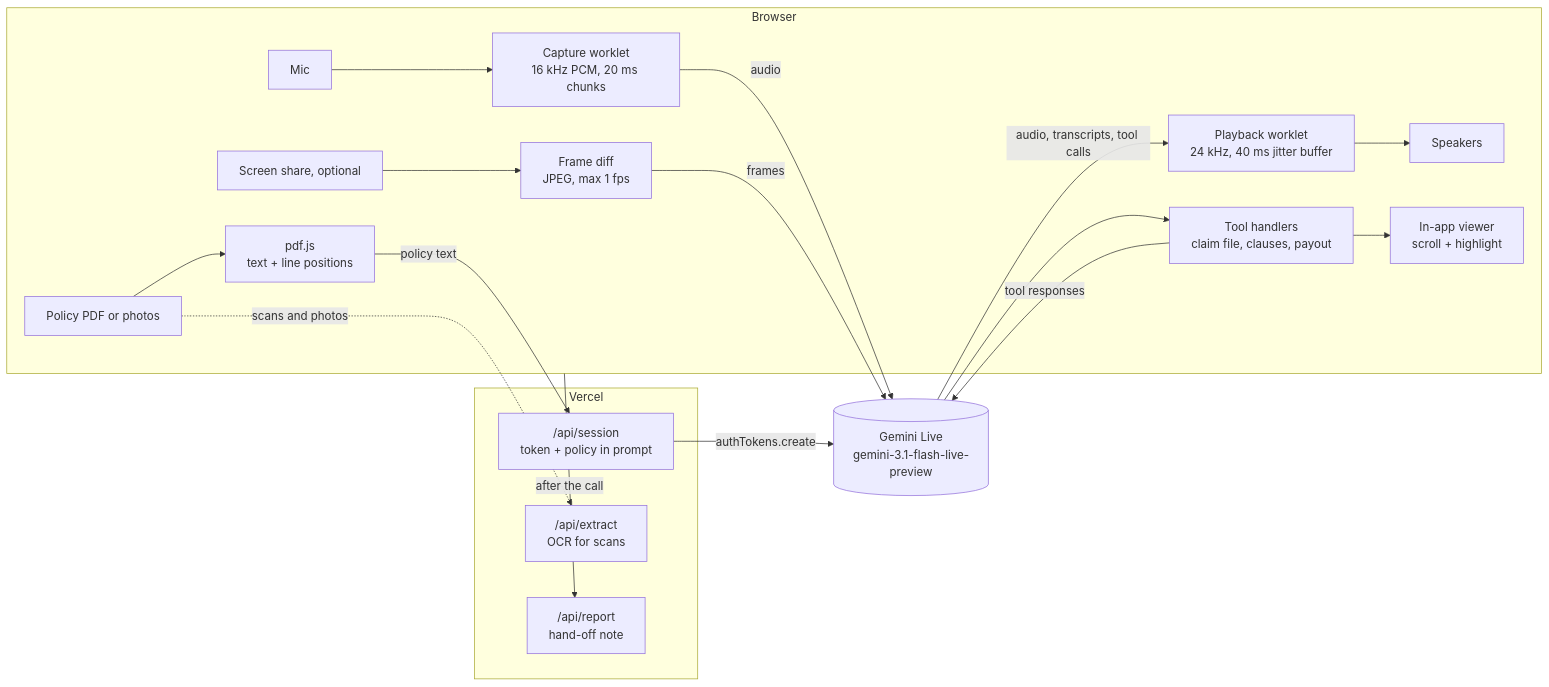
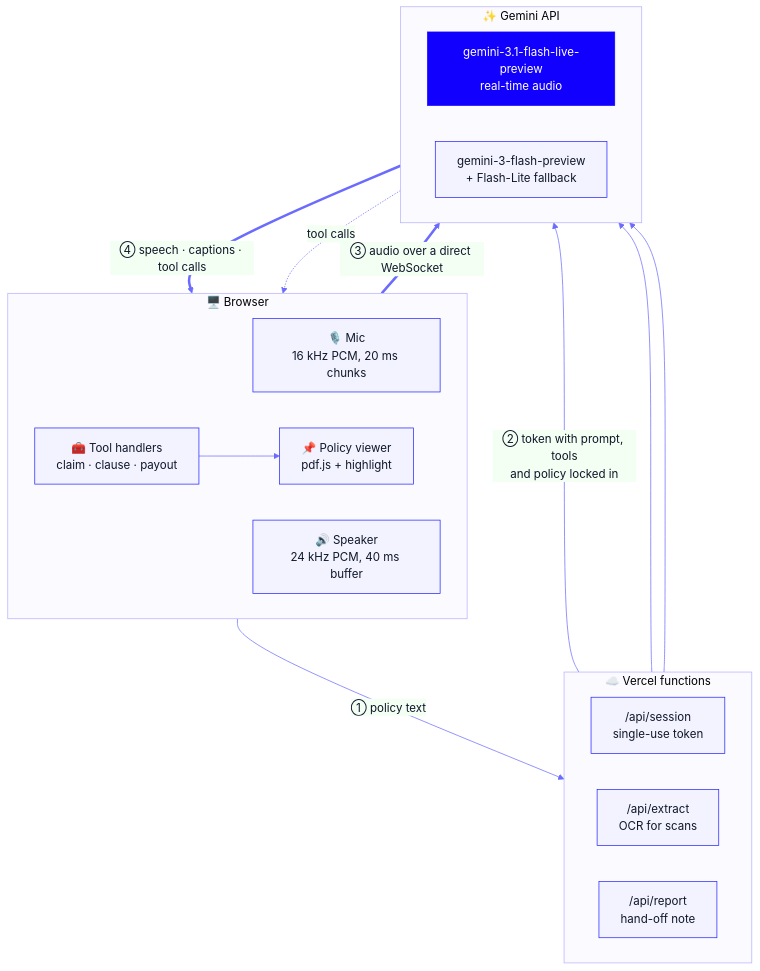
Before and after one commit to sehscape/NetworkScienceTask: the first of 5 diagrams in README.md, drawn with Mermaid. The commit also changed other lines of this file and 7 other files, not shown here.

First line of the commit message:
Rewrite README with diagrams, screenshots and a recorded demo

````diff
--- a/README.md
+++ b/README.md
@@ -39,29 +130,36 @@
 ```mermaid
-flowchart LR
-    subgraph Browser
-        UP[Policy PDF or photos] --> PDF[pdf.js<br/>text + line positions]
-        MIC[Mic] --> CAP[Capture worklet<br/>16 kHz PCM, 20 ms chunks]
-        PLAY[Playback worklet<br/>24 kHz, 40 ms jitter buffer] --> SPK[Speakers]
-        TOOLS[Tool handlers<br/>claim file, clauses, payout]
-        TOOLS --> VIEW[In-app viewer<br/>scroll + highlight]
-        SCR[Screen share, optional] --> DIFF[Frame diff<br/>JPEG, max 1 fps]
+%%{init: {'theme':'base','themeVariables':{'primaryColor':'#F3F3FF','primaryBorderColor':'#2424FF','primaryTextColor':'#0F172A','lineColor':'#6B6BFF','clusterBkg':'#FAFAFF','clusterBorder':'#B6B1FF','fontFamily':'DM Sans, sans-serif'}}}%%
+flowchart TB
+    subgraph B["🖥️ Browser"]
+        direction LR
+        MIC["🎙️ Mic<br/>16 kHz PCM, 20 ms chunks"]
+        SPK["🔊 Speaker<br/>24 kHz PCM, 40 ms buffer"]
+        TOOLS["🧰 Tool handlers<br/>claim · clause · payout"]
+        VIEW["📌 Policy viewer<br/>pdf.js + highlight"]
     end
 
-    subgraph Vercel
-        SESSION["/api/session<br/>token + policy in prompt"]
-        EXTRACT["/api/extract<br/>OCR for scans"]
-        REPORT["/api/report<br/>hand-off note"]
+    subgraph V["☁️ Vercel functions"]
+        direction LR
+        SES["/api/session<br/>single-use token"]
+        EXT["/api/extract<br/>OCR for scans"]
+        REP["/api/report<br/>hand-off note"]
     end
 
-    LIVE[(Gemini Live<br/>gemini-3.1-flash-live-preview)]
+    subgraph G["✨ Gemini API"]
+        direction LR
+        LIVE["gemini-3.1-flash-live-preview<br/>real-time audio"]
+        TEXT["gemini-3-flash-preview<br/>+ Flash-Lite fallback"]
+    end
 
-    UP -. scans and photos .-> EXTRACT
-    PDF -- policy text --> SESSION
-    SESSION -- authTokens.create --> LIVE
-    CAP -- audio --> LIVE
-    DIFF -- frames --> LIVE
-    LIVE -- audio, transcripts, tool calls --> PLAY
-    LIVE --> TOOLS
-    TOOLS -- tool responses --> LIVE
-    Browser -- after the call --> REPORT
+    B -- "① policy text" --> SES
+    SES -- "② token with prompt, tools<br/>and policy locked in" --> LIVE
+    MIC == "③ audio over a direct WebSocket" ==> LIVE
+    LIVE == "④ speech · captions · tool calls" ==> SPK
+    LIVE -. "tool calls" .-> TOOLS
+    TOOLS --> VIEW
+    EXT --> TEXT
+    REP --> TEXT
+
+    classDef accent fill:#1200FF,stroke:#1200FF,color:#ffffff
+    class LIVE accent
 ```
````
